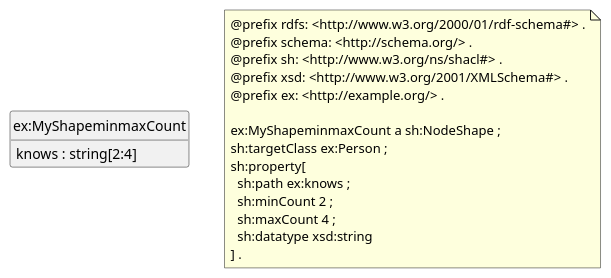
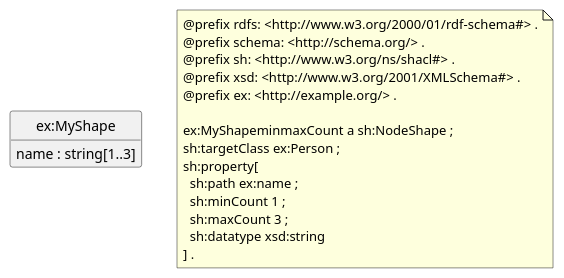
Before and after one commit to sparna-git/shacl-play: the diagram in shacl-diagram/src/specs/08-minmaxCount/expected.iuml, drawn with PlantUML. The commit also changed 92 other files, not shown here.

```diff
--- a/shacl-diagram/src/specs/08-minmaxCount/expected.iuml
+++ b/shacl-diagram/src/specs/08-minmaxCount/expected.iuml
@@ -1,24 +1,24 @@
 @startuml
-class "ex:MyShapeminmaxCount" 
-"ex:MyShapeminmaxCount" : knows : string[2:4]
+class "ex:MyShape" 
+"ex:MyShape" : name : string[1..3]
 
 note as N1
 @prefix rdfs: <http://www.w3.org/2000/01/rdf-schema#> .
 @prefix schema: <http://schema.org/> .
 @prefix sh: <http://www.w3.org/ns/shacl#> .
 @prefix xsd: <http://www.w3.org/2001/XMLSchema#> .
 @prefix ex: <http://example.org/> .
 
 ex:MyShapeminmaxCount a sh:NodeShape ;
 sh:targetClass ex:Person ;
 sh:property[
-  sh:path ex:knows ;
-  sh:minCount 2 ;
-  sh:maxCount 4 ;
+  sh:path ex:name ;
+  sh:minCount 1 ;
+  sh:maxCount 3 ;
   sh:datatype xsd:string
 ] .
 end note
 
 hide circle
 hide empty members
 @enduml
```
